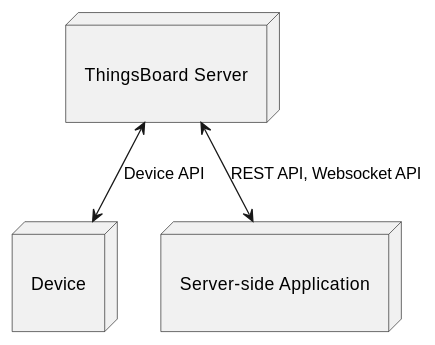
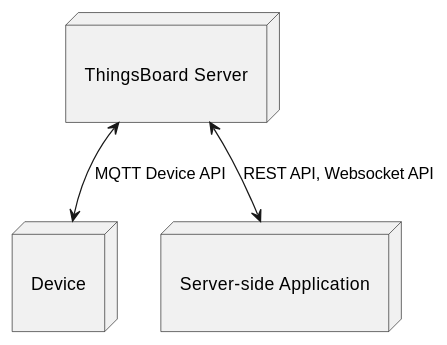
One commit to avantec-iot/avantec-thingsboard changed the first of 6 diagrams in docs/thingsboard/thingsboard-overview.rst. Above: the diagram before and after it, drawn with PlantUML. The commit also changed 13 other files, not shown here.

```diff
--- a/docs/thingsboard/thingsboard-overview.rst
+++ b/docs/thingsboard/thingsboard-overview.rst
@@ -14,13 +14,13 @@
 .. uml::
 
    node "\nThingsBoard Server\n" as TBSrv {
    }
 
    node "\nDevice\n" as TBDev {
    }
 
    node "\nServer-side Application\n" as TBApp {
    }
 
-   TBSrv <-down-> TBDev : Device API
+   TBSrv <-down-> TBDev : MQTT Device API
    TBSrv <-down-> TBApp : REST API, Websocket API
```
